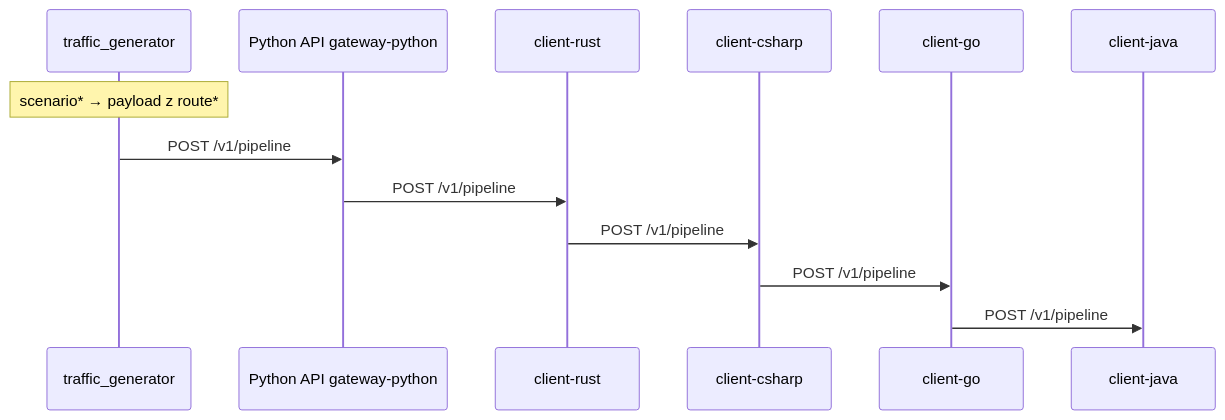
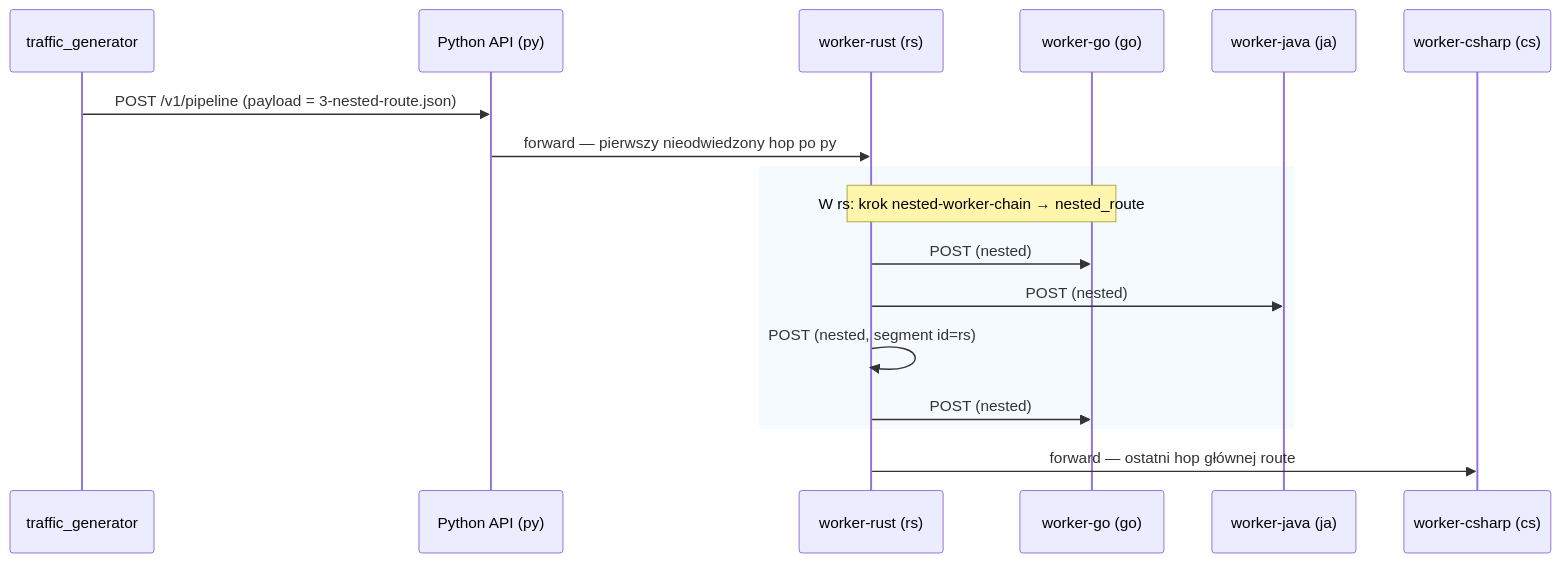
The first of 2 diagrams in docs/http-pipeline-architecture.md (McEnigma24/UMISI-sem1-OpenTelemetry), drawn with Mermaid before and after one commit. The commit also changed other lines of this file and 110 other files, not shown here.

````diff
--- a/docs/http-pipeline-architecture.md
+++ b/docs/http-pipeline-architecture.md
@@ -11,16 +11,22 @@
 ```mermaid
 sequenceDiagram
   participant TG as traffic_generator
-  participant PY as Python API gateway-python
-  participant RS as client-rust
-  participant CS as client-csharp
-  participant GO as client-go
-  participant JA as client-java
+  participant PY as Python API (py)
+  participant RS as worker-rust (rs)
+  participant GO as worker-go (go)
+  participant JA as worker-java (ja)
+  participant CS as worker-csharp (cs)
 
-  Note over TG: scenario* → payload z route*
-  TG->>PY: POST /v1/pipeline
-  PY->>RS: POST /v1/pipeline
-  RS->>CS: POST /v1/pipeline
-  CS->>GO: POST /v1/pipeline
-  GO->>JA: POST /v1/pipeline
+  TG->>PY: POST /v1/pipeline (payload = 3-nested-route.json)
+  PY->>RS: forward — pierwszy nieodwiedzony hop po py
+
+  rect rgb(245, 250, 255)
+    Note over RS, GO: W rs: krok nested-worker-chain → nested_route
+    RS->>GO: POST (nested)
+    RS->>JA: POST (nested)
+    RS->>RS: POST (nested, segment id=rs)
+    RS->>GO: POST (nested)
+  end
+
+  RS->>CS: forward — ostatni hop głównej route
 ```
````
